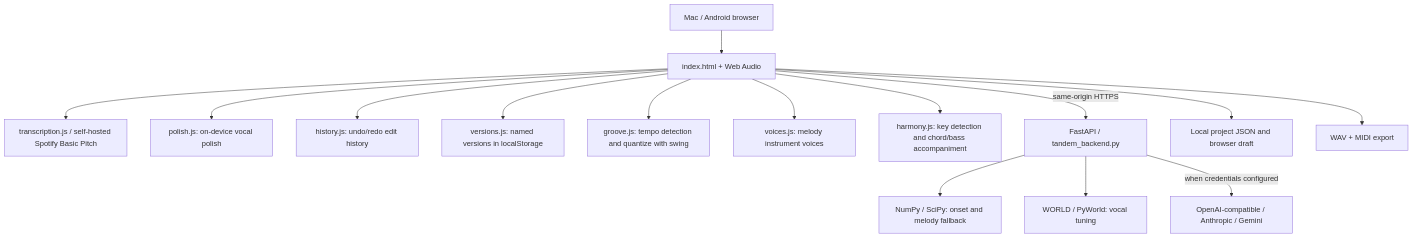
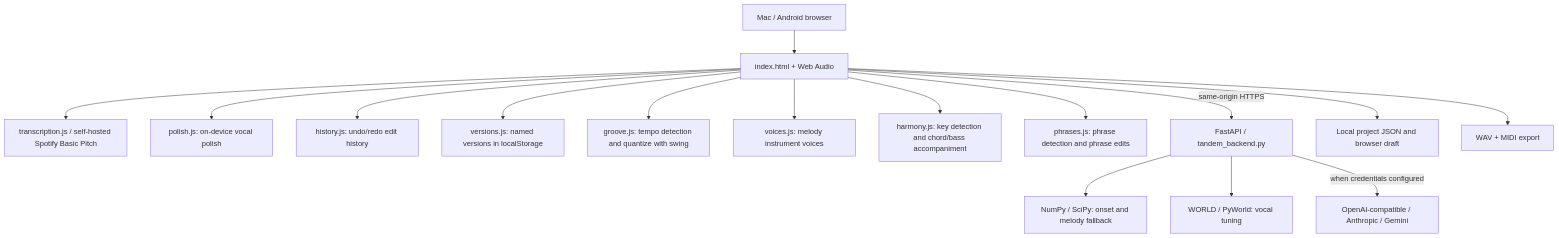
One commit to ogoldberg/tandem-music changed the diagram in docs/ARCHITECTURE.md. Above: the diagram before and after it, drawn with Mermaid. The commit also changed other lines of this file and 12 other files, not shown here.

First line of the commit message:
ARR.1d: detect melody phrases and move, copy or transpose a whole phrase (#34)

````diff
--- a/docs/ARCHITECTURE.md
+++ b/docs/ARCHITECTURE.md
@@ -7,17 +7,18 @@
 ```mermaid
 flowchart TD
   User[Mac / Android browser] --> UI[index.html + Web Audio]
   UI --> Basic[transcription.js / self-hosted Spotify Basic Pitch]
   UI --> Polish[polish.js: on-device vocal polish]
   UI --> History[history.js: undo/redo edit history]
   UI --> Versions[versions.js: named versions in localStorage]
   UI --> Groove[groove.js: tempo detection and quantize with swing]
   UI --> Voices[voices.js: melody instrument voices]
   UI --> Harmony[harmony.js: key detection and chord/bass accompaniment]
+  UI --> Phrases[phrases.js: phrase detection and phrase edits]
   UI -->|same-origin HTTPS| API[FastAPI / tandem_backend.py]
   API --> DSP[NumPy / SciPy: onset and melody fallback]
   API --> World[WORLD / PyWorld: vocal tuning]
   API -->|when credentials configured| LLM[OpenAI-compatible / Anthropic / Gemini]
   UI --> Local[Local project JSON and browser draft]
   UI --> Export[WAV + MIDI export]
 ```
````
